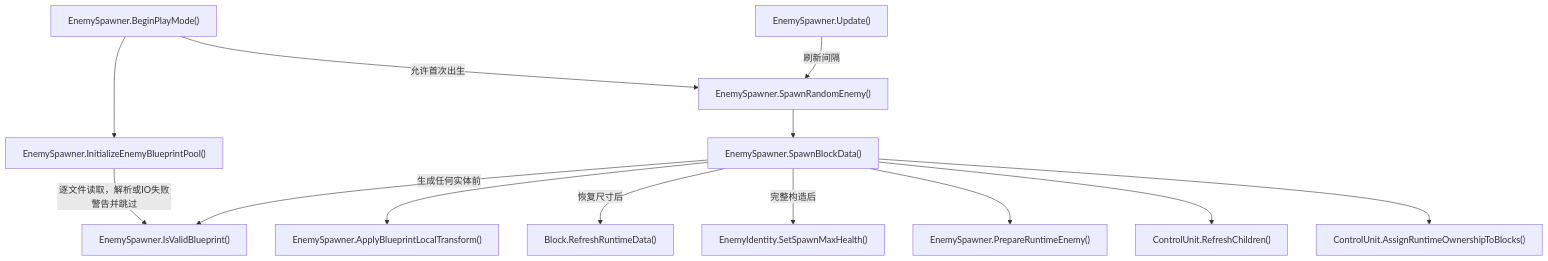
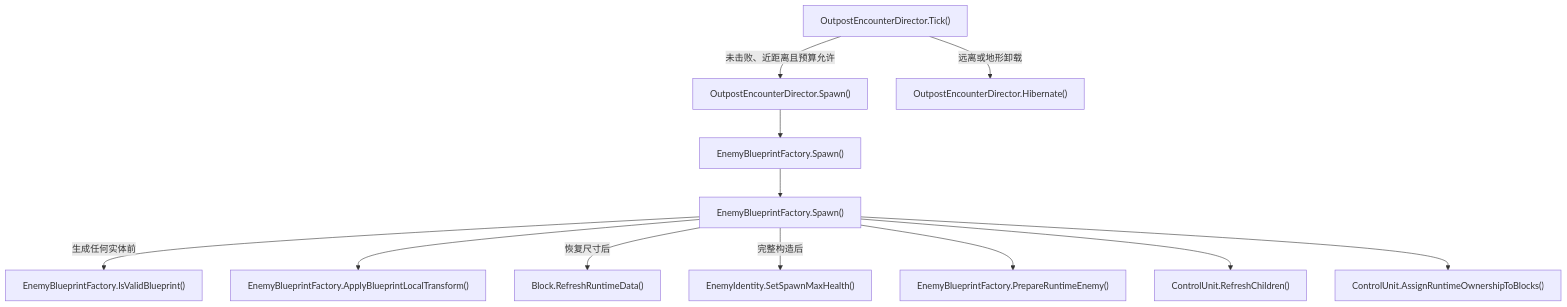
Diagram 25 of 27 in Docs/RuntimeFlow.md (kukudia/HY-Sandbox), drawn with Mermaid before and after one commit. The commit also changed other lines of this file and 105 other files, not shown here.

First line of the commit message:
feat: author finite enemy outposts and bundled world encounters

````diff
--- a/Docs/RuntimeFlow.md
+++ b/Docs/RuntimeFlow.md
@@ -2183,39 +2278,38 @@
 ```mermaid
 flowchart TD
-    A["EnemySpawner.BeginPlayMode()"]
-    click A "../Assets/Scripts/Features/Combat/EnemySpawner.cs#L43" "打开源码"
-    B["EnemySpawner.InitializeEnemyBlueprintPool()"]
-    click B "../Assets/Scripts/Features/Combat/EnemySpawner.cs#L54" "打开源码"
-    C["EnemySpawner.IsValidBlueprint()"]
-    click C "../Assets/Scripts/Features/Combat/EnemySpawner.cs#L133" "打开源码"
-    D["EnemySpawner.SpawnRandomEnemy()"]
-    click D "../Assets/Scripts/Features/Combat/EnemySpawner.cs#L99" "打开源码"
-    E["EnemySpawner.SpawnBlockData()"]
-    click E "../Assets/Scripts/Features/Combat/EnemySpawner.cs#L166" "打开源码"
-    F["EnemySpawner.ApplyBlueprintLocalTransform()"]
-    click F "../Assets/Scripts/Features/Combat/EnemySpawner.cs#L268" "打开源码"
+    A["OutpostEncounterDirector.Tick()"]
+    click A "../Assets/Scripts/Features/World/OutpostEncounterDirector.cs#L48" "打开源码"
+    B["OutpostEncounterDirector.Spawn()"]
+    click B "../Assets/Scripts/Features/World/OutpostEncounterDirector.cs#L149" "打开源码"
+    C["EnemyBlueprintFactory.IsValidBlueprint()"]
+    click C "../Assets/Scripts/Features/Combat/EnemyBlueprintFactory.cs#L8" "打开源码"
+    D["EnemyBlueprintFactory.Spawn()"]
+    click D "../Assets/Scripts/Features/Combat/EnemyBlueprintFactory.cs#L41" "打开源码"
+    E["EnemyBlueprintFactory.Spawn()"]
+    click E "../Assets/Scripts/Features/Combat/EnemyBlueprintFactory.cs#L41" "打开源码"
+    F["EnemyBlueprintFactory.ApplyBlueprintLocalTransform()"]
+    click F "../Assets/Scripts/Features/Combat/EnemyBlueprintFactory.cs#L148" "打开源码"
     G["Block.RefreshRuntimeData()"]
     click G "../Assets/Scripts/Features/Simulation/Block.cs#L123" "打开源码"
-    H["EnemySpawner.PrepareRuntimeEnemy()"]
-    click H "../Assets/Scripts/Features/Combat/EnemySpawner.cs#L348" "打开源码"
+    H["EnemyBlueprintFactory.PrepareRuntimeEnemy()"]
+    click H "../Assets/Scripts/Features/Combat/EnemyBlueprintFactory.cs#L210" "打开源码"
     I["ControlUnit.RefreshChildren()"]
     click I "../Assets/Scripts/Features/Simulation/ControlUnit.cs#L159" "打开源码"
     J["ControlUnit.AssignRuntimeOwnershipToBlocks()"]
     click J "../Assets/Scripts/Features/Simulation/ControlUnit.cs#L209" "打开源码"
     K["EnemyIdentity.SetSpawnMaxHealth()"]
-    click K "../Assets/Scripts/Features/Combat/EnemyIdentity.cs#L18" "打开源码"
-    L["EnemySpawner.Update()"]
-    click L "../Assets/Scripts/Features/Combat/EnemySpawner.cs#L26" "打开源码"
-    A --> B
-    B -->|逐文件读取，解析或IO失败警告并跳过| C
-    A -->|允许首次出生| D
-    L -->|刷新间隔| D
+    click K "../Assets/Scripts/Features/Combat/EnemyIdentity.cs#L31" "打开源码"
+    L["OutpostEncounterDirector.Hibernate()"]
+    click L "../Assets/Scripts/Features/World/OutpostEncounterDirector.cs#L238" "打开源码"
+    A -->|未击败、近距离且预算允许| B
+    B --> D
+    A -->|远离或地形卸载| L
     D --> E
     E -->|生成任何实体前| C
     E --> F
     E -->|恢复尺寸后| G
     E -->|完整构造后| K
     E --> H
     E --> I
     E --> J
 ```
````
